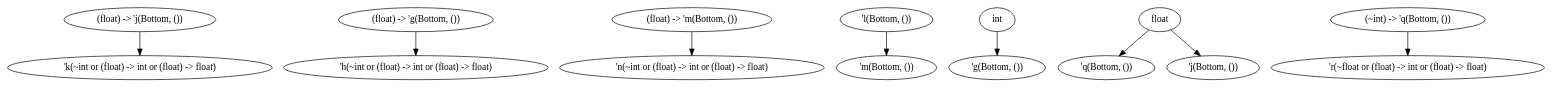
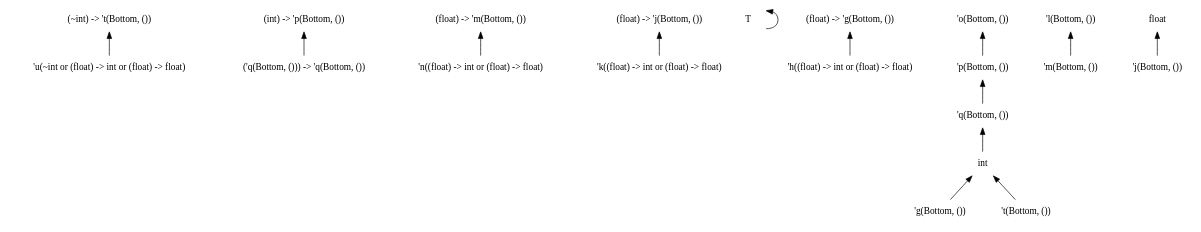
One commit to chocobo333/regino changed the diagram in dots/1.dot. Above: the diagram before and after it, drawn with Graphviz. The commit also changed 27 other files, not shown here.

```diff
--- a/dots/1.dot
+++ b/dots/1.dot
@@ -1,29 +1,45 @@
 digraph order {
-  node [
+  graph [
+    size = "30,10"
     ];
   node [
+    shape = none
     ];
+  edge [
+    dir = back
+    ];
+  "(~int) -> 't(Bottom, ())"
+  "(int) -> 'p(Bottom, ())"
+  "(float) -> 'm(Bottom, ())"
   "(float) -> 'j(Bottom, ())"
-  "(float) -> 'g(Bottom, ())"
-  "'h(~int or (float) -> int or (float) -> float)"
-  "'k(~int or (float) -> int or (float) -> float)"
-  "'n(~int or (float) -> int or (float) -> float)"
+  "T"
+  "'h((float) -> int or (float) -> float)"
+  "'k((float) -> int or (float) -> float)"
+  "'n((float) -> int or (float) -> float)"
+  "'p(Bottom, ())"
+  "'q(Bottom, ())"
   "'m(Bottom, ())"
+  "'j(Bottom, ())"
   "'g(Bottom, ())"
-  "'q(Bottom, ())"
-  "'j(Bottom, ())"
+  "'t(Bottom, ())"
+  "'o(Bottom, ())"
   "'l(Bottom, ())"
-  "'r(~float or (float) -> int or (float) -> float)"
+  "'u(~int or (float) -> int or (float) -> float)"
   "float"
   "int"
-  "(~int) -> 'q(Bottom, ())"
-  "(float) -> 'm(Bottom, ())"
-  "(float) -> 'j(Bottom, ())" -> "'k(~int or (float) -> int or (float) -> float)"
-  "(float) -> 'g(Bottom, ())" -> "'h(~int or (float) -> int or (float) -> float)"
-  "float" -> "'q(Bottom, ())"
+  "('q(Bottom, ())) -> 'q(Bottom, ())"
+  "(float) -> 'g(Bottom, ())"
+  "(float) -> 'm(Bottom, ())" -> "'n((float) -> int or (float) -> float)"
+  "(float) -> 'j(Bottom, ())" -> "'k((float) -> int or (float) -> float)"
+  "(float) -> 'g(Bottom, ())" -> "'h((float) -> int or (float) -> float)"
+  "T" -> "T"
   "float" -> "'j(Bottom, ())"
+  "'o(Bottom, ())" -> "'p(Bottom, ())"
+  "int" -> "'g(Bottom, ())"
+  "int" -> "'t(Bottom, ())"
+  "'q(Bottom, ())" -> "int"
+  "'p(Bottom, ())" -> "'q(Bottom, ())"
   "'l(Bottom, ())" -> "'m(Bottom, ())"
-  "int" -> "'g(Bottom, ())"
-  "(~int) -> 'q(Bottom, ())" -> "'r(~float or (float) -> int or (float) -> float)"
-  "(float) -> 'm(Bottom, ())" -> "'n(~int or (float) -> int or (float) -> float)"
+  "(~int) -> 't(Bottom, ())" -> "'u(~int or (float) -> int or (float) -> float)"
+  "(int) -> 'p(Bottom, ())" -> "('q(Bottom, ())) -> 'q(Bottom, ())"
 }
```
